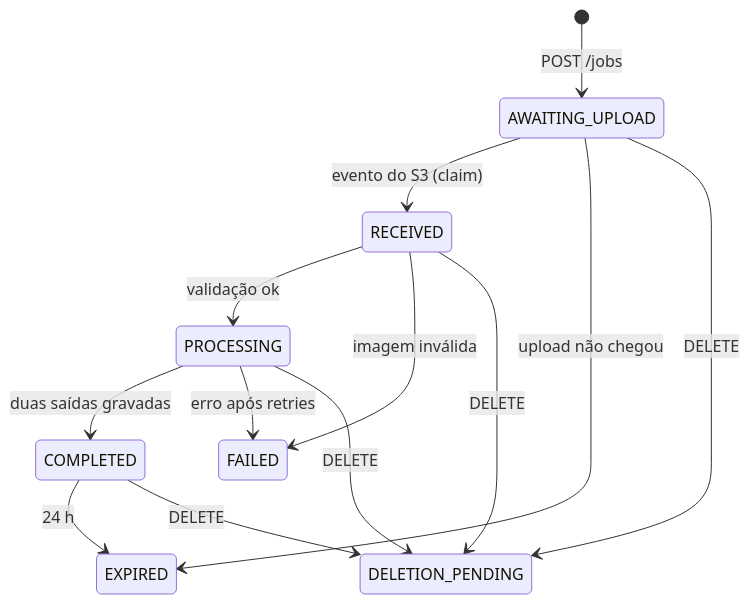
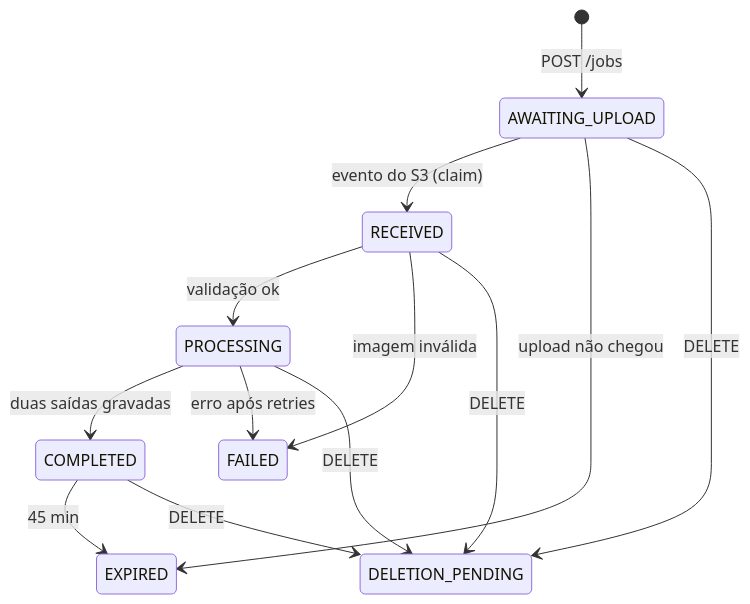
The fourth of 4 diagrams in README.md (VgsStudio/serverless-selfie-sbg), drawn with Mermaid before and after one commit. The commit also changed other lines of this file and 11 other files, not shown here.

````diff
--- a/README.md
+++ b/README.md
@@ -245,15 +245,15 @@
 ```mermaid
 stateDiagram-v2
     [*] --> AWAITING_UPLOAD: POST /jobs
     AWAITING_UPLOAD --> RECEIVED: evento do S3 (claim)
     AWAITING_UPLOAD --> EXPIRED: upload não chegou
     RECEIVED --> PROCESSING: validação ok
     RECEIVED --> FAILED: imagem inválida
     PROCESSING --> COMPLETED: duas saídas gravadas
     PROCESSING --> FAILED: erro após retries
-    COMPLETED --> EXPIRED: 24 h
+    COMPLETED --> EXPIRED: 45 min
     AWAITING_UPLOAD --> DELETION_PENDING: DELETE
     RECEIVED --> DELETION_PENDING: DELETE
     PROCESSING --> DELETION_PENDING: DELETE
     COMPLETED --> DELETION_PENDING: DELETE
 ```
````
